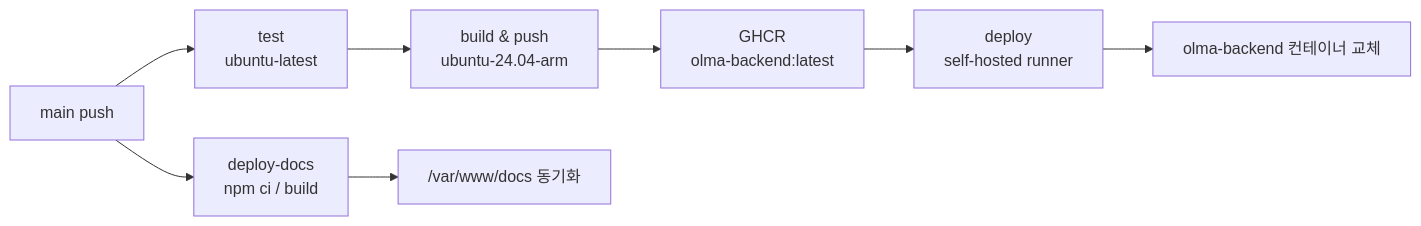
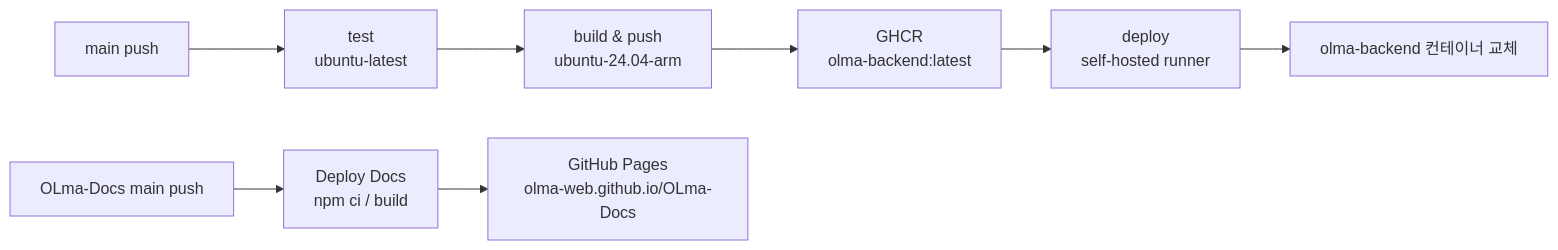
One commit to Olma-Web/OLma-Docs changed the first of 3 diagrams in docs/ops/deploy.md. Above: the diagram before and after it, drawn with Mermaid. The commit also changed other lines of this file and 6 other files, not shown here.

Commit message:
DOCS: GitHub Pages 배포 설정

````diff
--- a/docs/ops/deploy.md
+++ b/docs/ops/deploy.md
@@ -17,10 +17,10 @@
 ```mermaid
 flowchart LR
   push["main push"] --> test["test<br/>ubuntu-latest"]
   test --> build["build & push<br/>ubuntu-24.04-arm"]
   build --> ghcr["GHCR<br/>olma-backend:latest"]
   ghcr --> deploy["deploy<br/>self-hosted runner"]
   deploy --> container["olma-backend 컨테이너 교체"]
-  push --> docsBuild["deploy-docs<br/>npm ci / build"]
-  docsBuild --> docsSync["/var/www/docs 동기화"]
+  docsPush["OLma-Docs main push"] --> docsBuild["Deploy Docs<br/>npm ci / build"]
+  docsBuild --> pages["GitHub Pages<br/>olma-web.github.io/OLma-Docs"]
 ```
````
